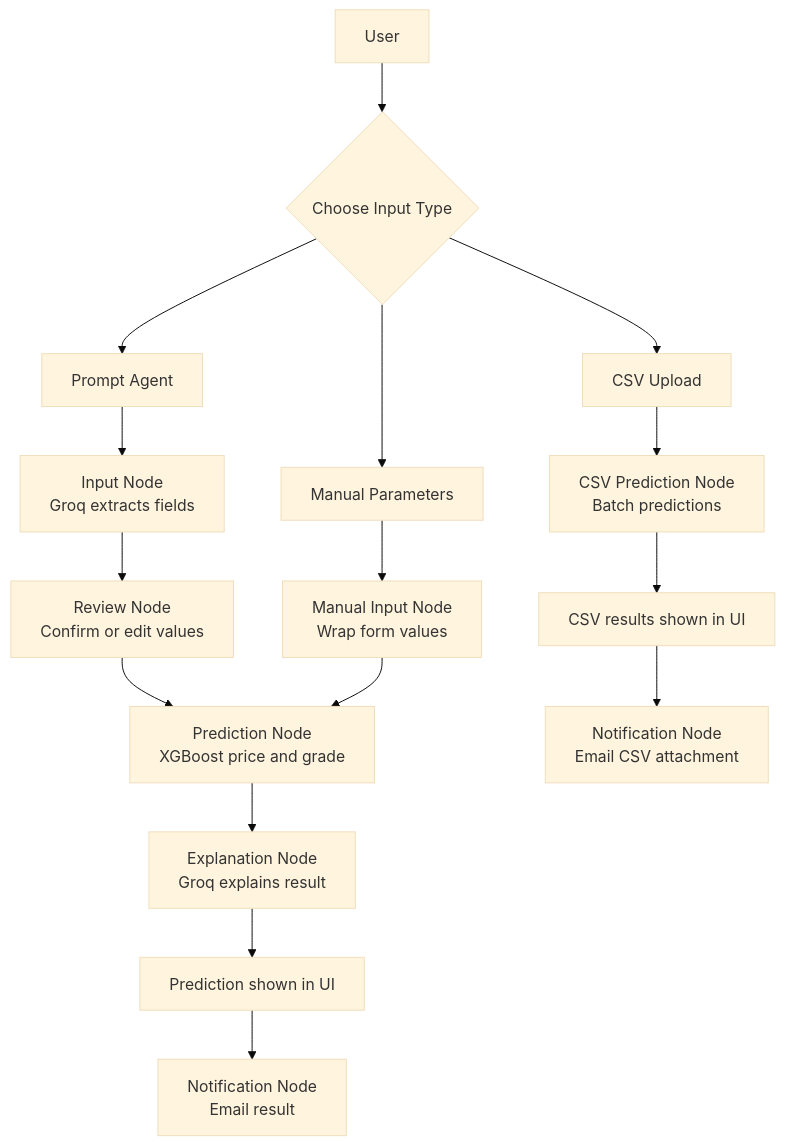
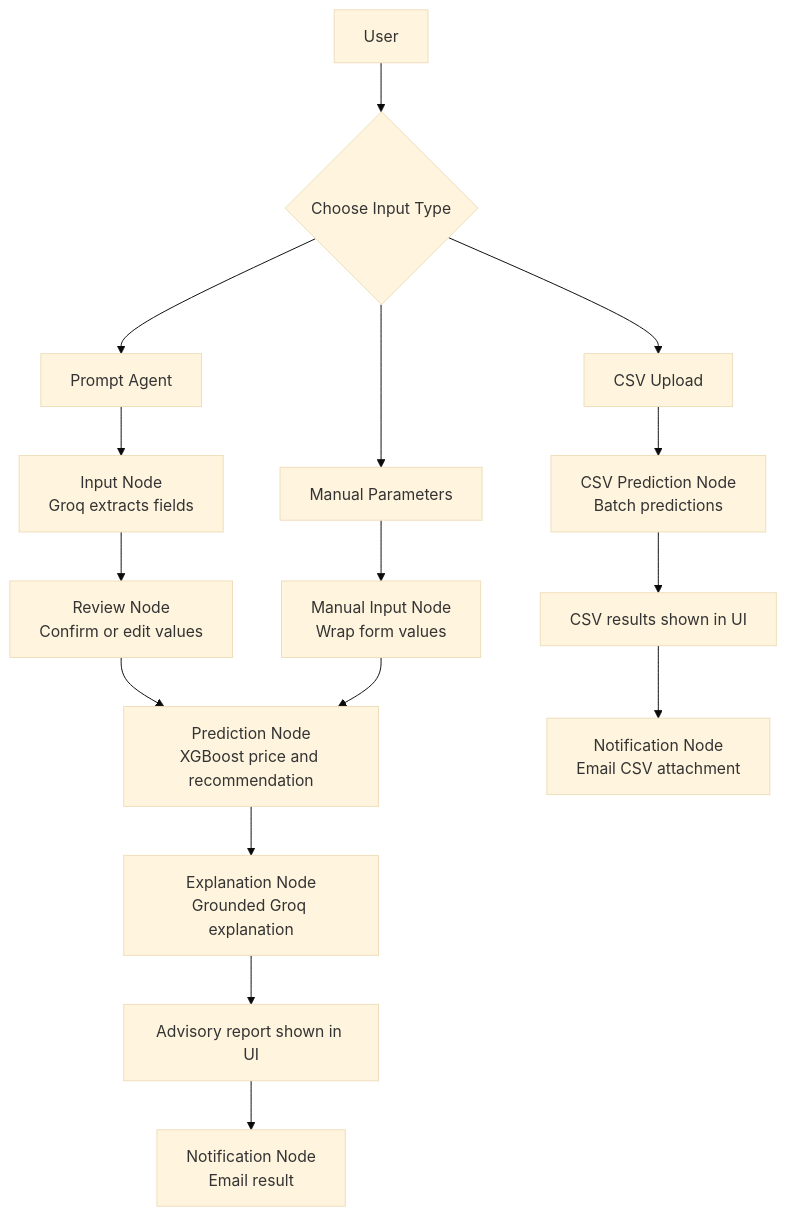
One commit to Jag2007/property-price-prediction changed the diagram in README.md. Above: the diagram before and after it, drawn with Mermaid (base theme). The commit also changed other lines of this file and 9 other files, not shown here.

Commit message:
feat: add grounded agent workflow guardrails and advisory report

````diff
--- a/README.md
+++ b/README.md
@@ -54,22 +56,22 @@
 ```mermaid
 flowchart TD
     User["User"] --> InputChoice{"Choose Input Type"}
 
     InputChoice --> PromptPage["Prompt Agent"]
     InputChoice --> ManualPage["Manual Parameters"]
     InputChoice --> CsvPage["CSV Upload"]
 
     PromptPage --> InputNode["Input Node<br/>Groq extracts fields"]
     InputNode --> ReviewNode["Review Node<br/>Confirm or edit values"]
-    ReviewNode --> PredictionNode["Prediction Node<br/>XGBoost price and grade"]
-    PredictionNode --> ExplanationNode["Explanation Node<br/>Groq explains result"]
-    ExplanationNode --> ResultUI["Prediction shown in UI"]
+    ReviewNode --> PredictionNode["Prediction Node<br/>XGBoost price and recommendation"]
+    PredictionNode --> ExplanationNode["Explanation Node<br/>Grounded Groq explanation"]
+    ExplanationNode --> ResultUI["Advisory report shown in UI"]
     ResultUI --> NotificationNode["Notification Node<br/>Email result"]
 
     ManualPage --> ManualInputNode["Manual Input Node<br/>Wrap form values"]
     ManualInputNode --> PredictionNode
 
     CsvPage --> CsvPredictionNode["CSV Prediction Node<br/>Batch predictions"]
     CsvPredictionNode --> CsvResultUI["CSV results shown in UI"]
     CsvResultUI --> CsvNotificationNode["Notification Node<br/>Email CSV attachment"]
 ```
````
